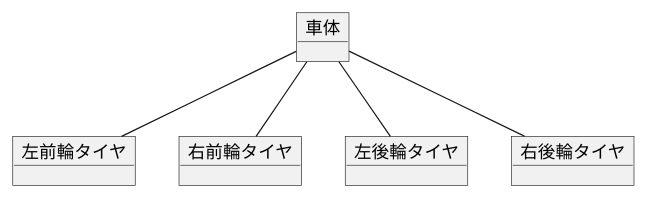
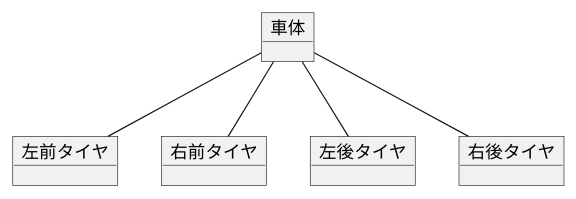
One commit to milky326/uml-introduction changed the diagram in 第三章/【提出ファイル】演習3-4_オブジェクト図.pu. Above: the diagram before and after it, drawn with PlantUML.

Commit message:
演習３

```diff
--- a/第三章/【提出ファイル】演習3-4_オブジェクト図.pu
+++ b/第三章/【提出ファイル】演習3-4_オブジェクト図.pu
@@ -1,12 +1,12 @@
 @startuml 演習3-4-1
 object 車体
-object 左前輪タイヤ
-object 右前輪タイヤ
-object 左後輪タイヤ
-object 右後輪タイヤ
-車体 -- 左前輪タイヤ
-車体 -- 右前輪タイヤ
-車体 -- 左後輪タイヤ
-車体 -- 右後輪タイヤ
+object 左前タイヤ
+object 右前タイヤ
+object 左後タイヤ
+object 右後タイヤ
+車体 -- 左前タイヤ
+車体 -- 右前タイヤ
+車体 -- 左後タイヤ
+車体 -- 右後タイヤ
 
 @enduml
```
